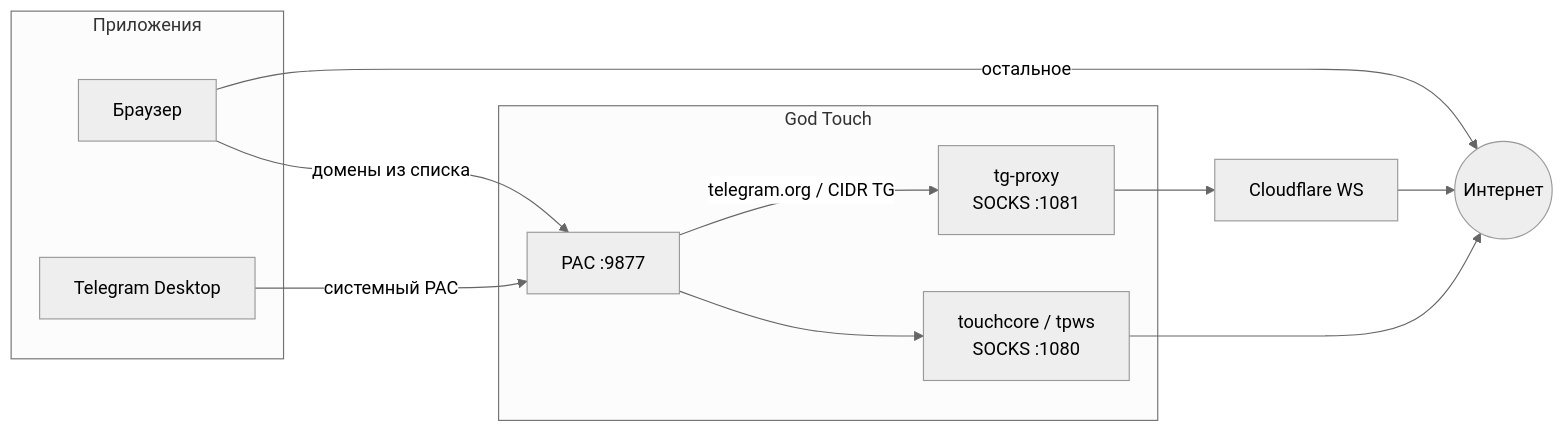
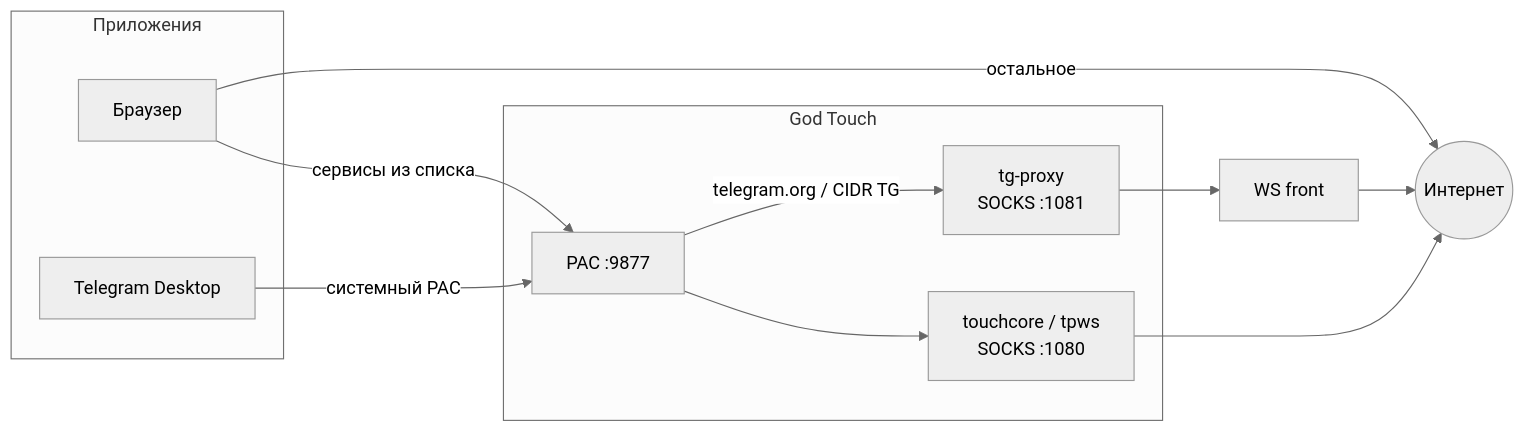
One commit to RSAM1K/GodTouch changed the diagram in README.md. Above: the diagram before and after it, drawn with Mermaid (neutral theme). The commit also changed other lines of this file, not shown here.

````diff
--- a/README.md
+++ b/README.md
@@ -233,18 +236,18 @@
 ```mermaid
 flowchart LR
     subgraph Apps["Приложения"]
       B[Браузер]
       T[Telegram Desktop]
     end
 
     subgraph GodTouch["God Touch"]
       PAC["PAC :9877"]
-      DPI["touchcore / tpws\nSOCKS :1080"]
+      ENG["touchcore / tpws\nSOCKS :1080"]
       TG["tg-proxy\nSOCKS :1081"]
     end
 
-    B -->|"домены из списка"| PAC --> DPI --> Net((Интернет))
+    B -->|"сервисы из списка"| PAC --> ENG --> Net((Интернет))
     B -->|"остальное"| Net
     T -->|"системный PAC"| PAC
-    PAC -->|"telegram.org / CIDR TG"| TG --> CF[Cloudflare WS] --> Net
+    PAC -->|"telegram.org / CIDR TG"| TG --> CF[WS front] --> Net
 ```
````
